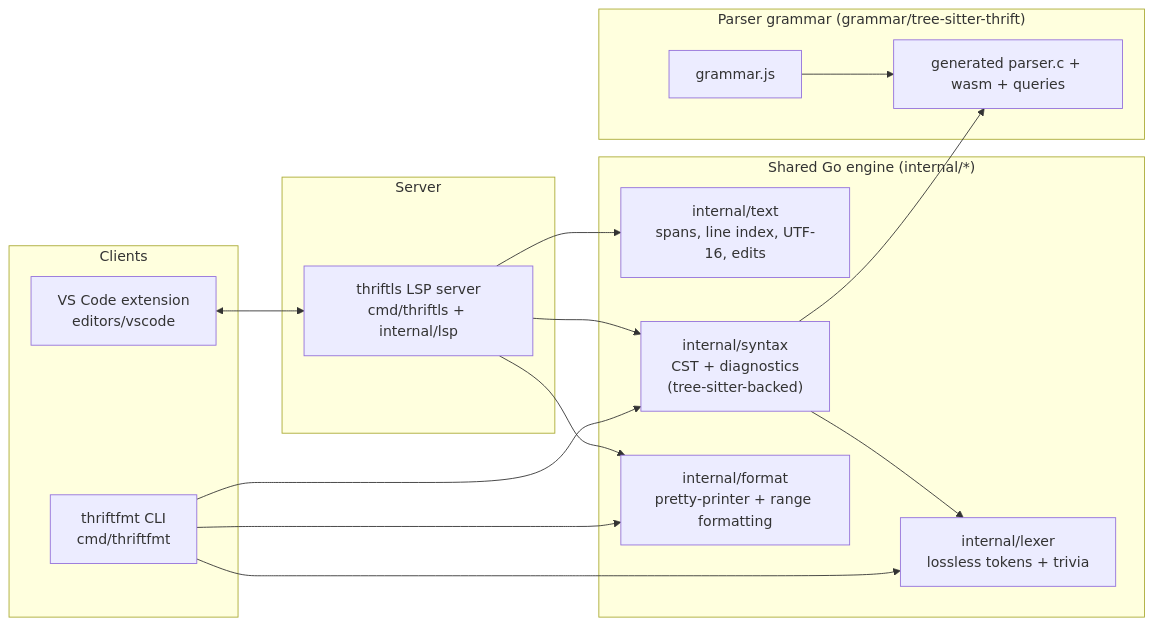
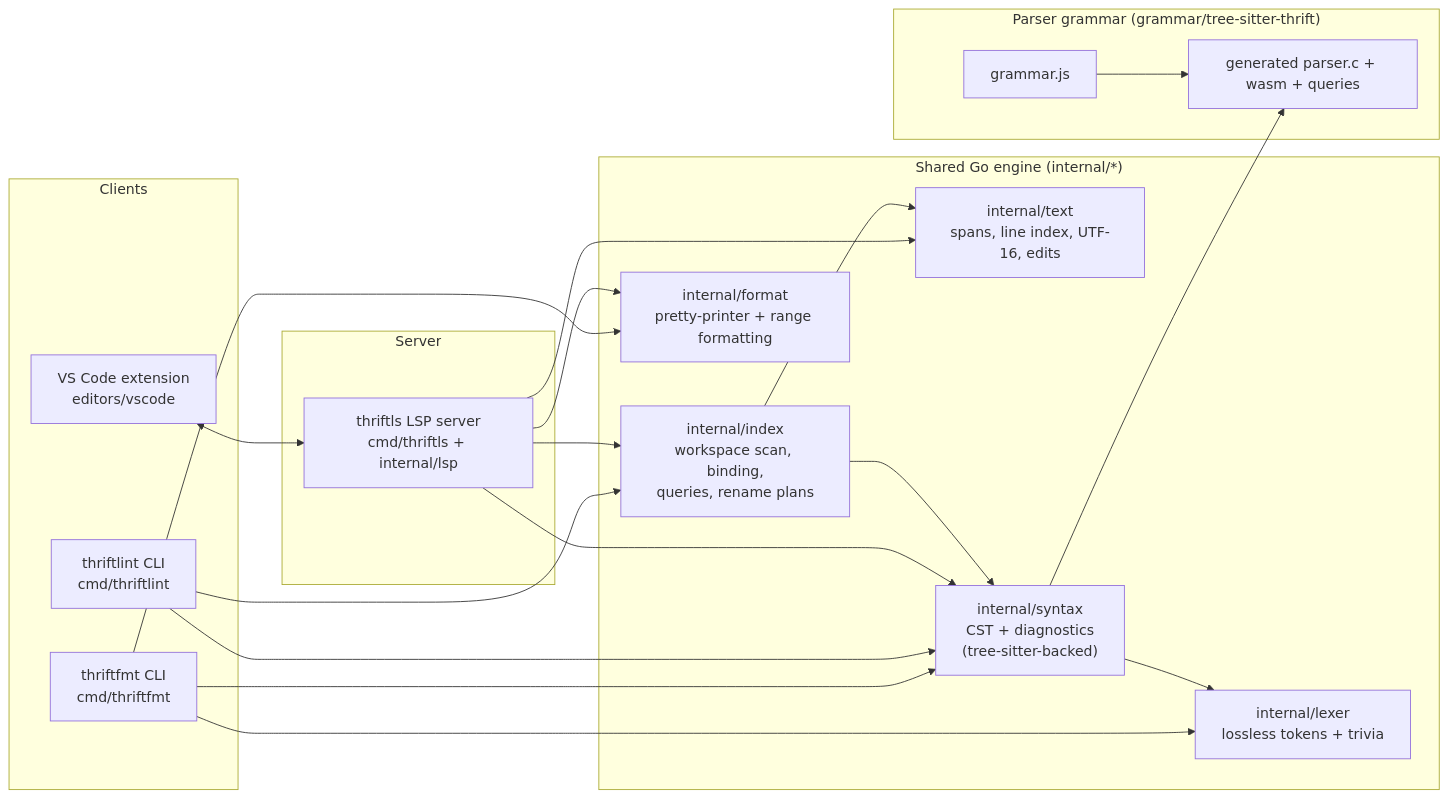
One commit to kpumuk/thrift-weaver changed the first of 3 diagrams in docs/architecture.md. Above: the diagram before and after it, drawn with Mermaid. The commit also changed other lines of this file and 1 other file, not shown here.

Commit message:
Document workspace indexing features

````diff
--- a/docs/architecture.md
+++ b/docs/architecture.md
@@ -17,34 +17,41 @@
 ```mermaid
 flowchart LR
   subgraph Clients
     CLI["thriftfmt CLI<br/>cmd/thriftfmt"]
+    LINTCLI["thriftlint CLI<br/>cmd/thriftlint"]
     VSC["VS Code extension<br/>editors/vscode"]
   end
 
   subgraph Server
     LSP["thriftls LSP server<br/>cmd/thriftls + internal/lsp"]
   end
 
   subgraph Engine["Shared Go engine (internal/*)"]
     TXT["internal/text<br/>spans, line index, UTF-16, edits"]
     LEX["internal/lexer<br/>lossless tokens + trivia"]
     SYN["internal/syntax<br/>CST + diagnostics<br/>(tree-sitter-backed)"]
+    IDX["internal/index<br/>workspace scan, binding,<br/>queries, rename plans"]
     FMT["internal/format<br/>pretty-printer + range formatting"]
   end
 
   subgraph Grammar["Parser grammar (grammar/tree-sitter-thrift)"]
     TSJS["grammar.js"]
     TSC["generated parser.c + wasm + queries"]
   end
 
   CLI --> FMT
   CLI --> SYN
   CLI --> LEX
+  LINTCLI --> IDX
+  LINTCLI --> SYN
   LSP --> FMT
+  LSP --> IDX
   LSP --> SYN
   LSP --> TXT
   VSC <--> LSP
+  IDX --> SYN
+  IDX --> TXT
   SYN --> LEX
   SYN --> TSC
   TSJS --> TSC
 ```
````
